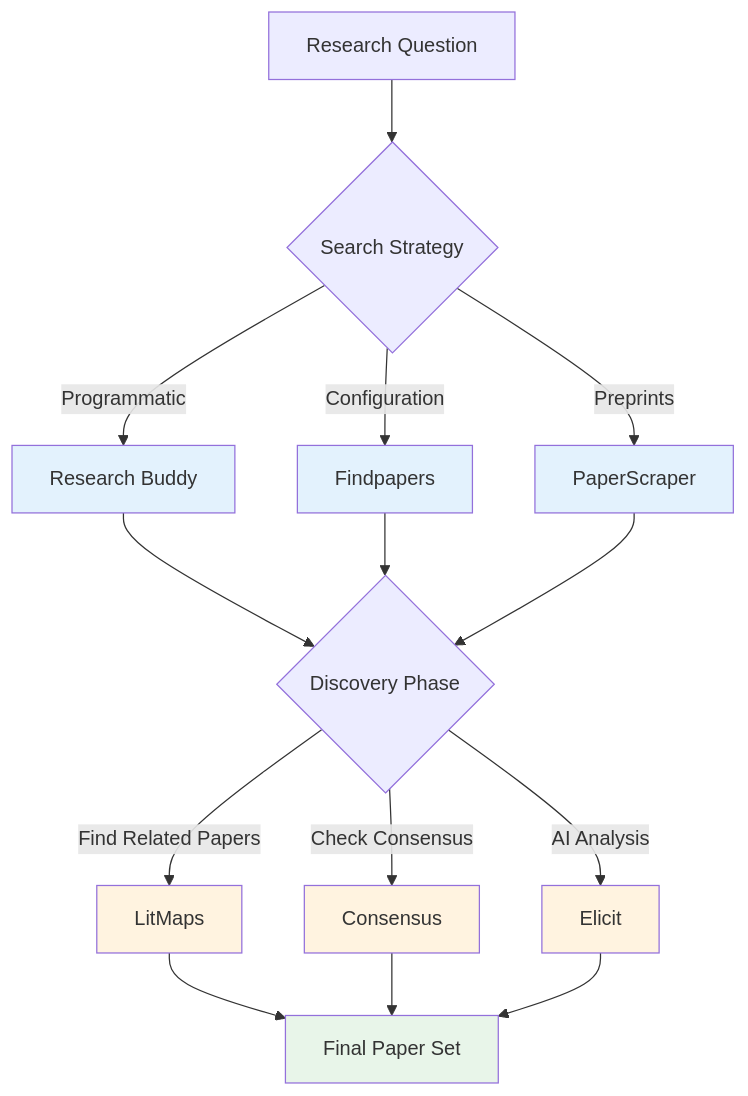
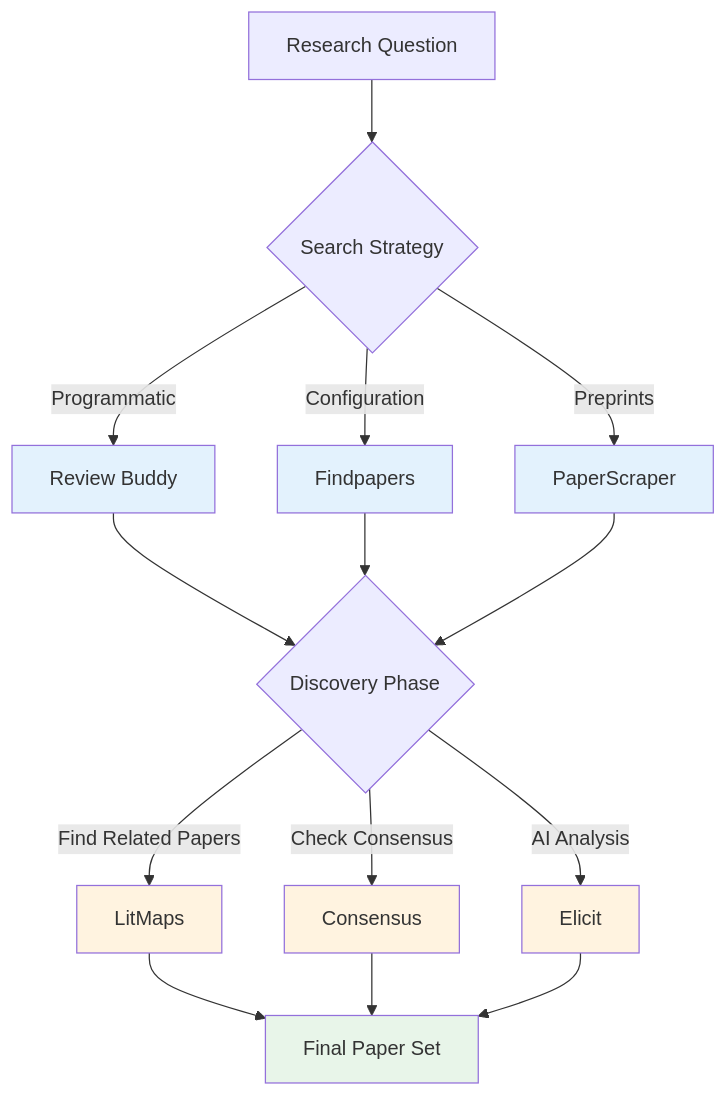
Before and after one commit to leonardozaggia/automated_systematic_literature_search: the diagram in book/additional_tools/0_Overview.md, drawn with Mermaid. The commit also changed other lines of this file and 11 other files, not shown here.

Commit message:
corrected tool name: review_buddy

````diff
--- a/book/additional_tools/0_Overview.md
+++ b/book/additional_tools/0_Overview.md
@@ -43,27 +43,27 @@
 ```{mermaid}
 graph TD
     A[Research Question] --> B{Search Strategy}
-    B -->|Programmatic| C[Research Buddy]
+    B -->|Programmatic| C[Review Buddy]
     B -->|Configuration| D[Findpapers]
     B -->|Preprints| E[PaperScraper]
     
     C --> F{Discovery Phase}
     D --> F
     E --> F
     
     F -->|Find Related Papers| G[LitMaps]
     F -->|Check Consensus| H[Consensus]
     F -->|AI Analysis| I[Elicit]
     
     G --> J[Final Paper Set]
     H --> J
     I --> J
     
     style C fill:#e3f2fd
     style D fill:#e3f2fd
     style E fill:#e3f2fd
     style G fill:#fff3e0
     style H fill:#fff3e0
     style I fill:#fff3e0
     style J fill:#e8f5e9
 ```
````
